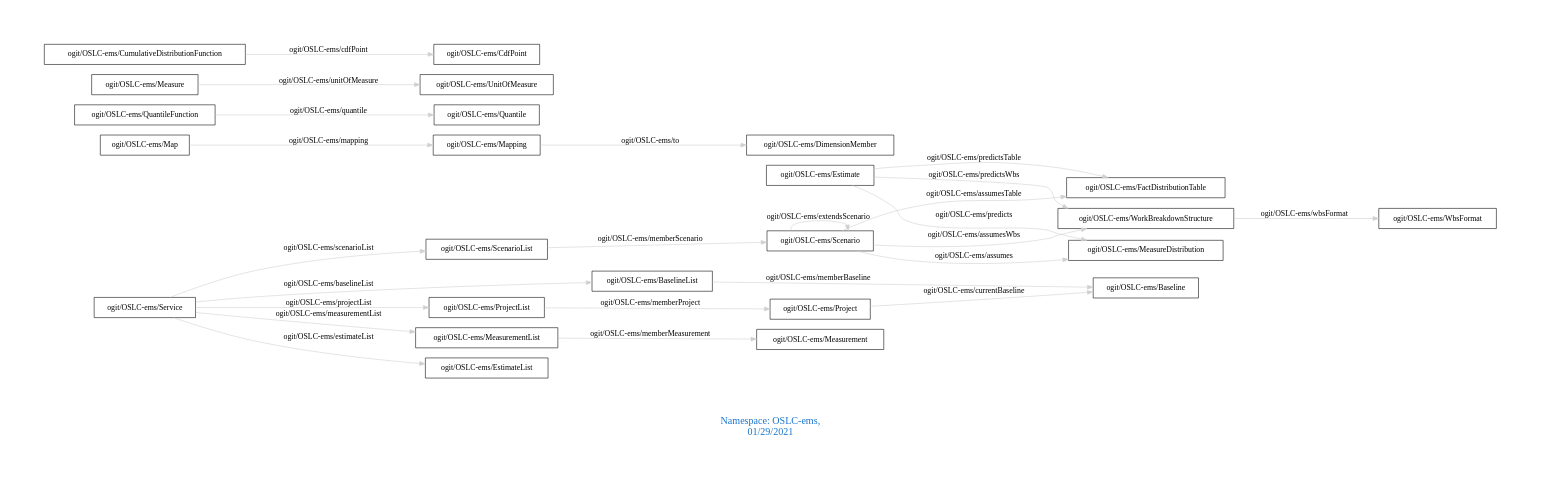
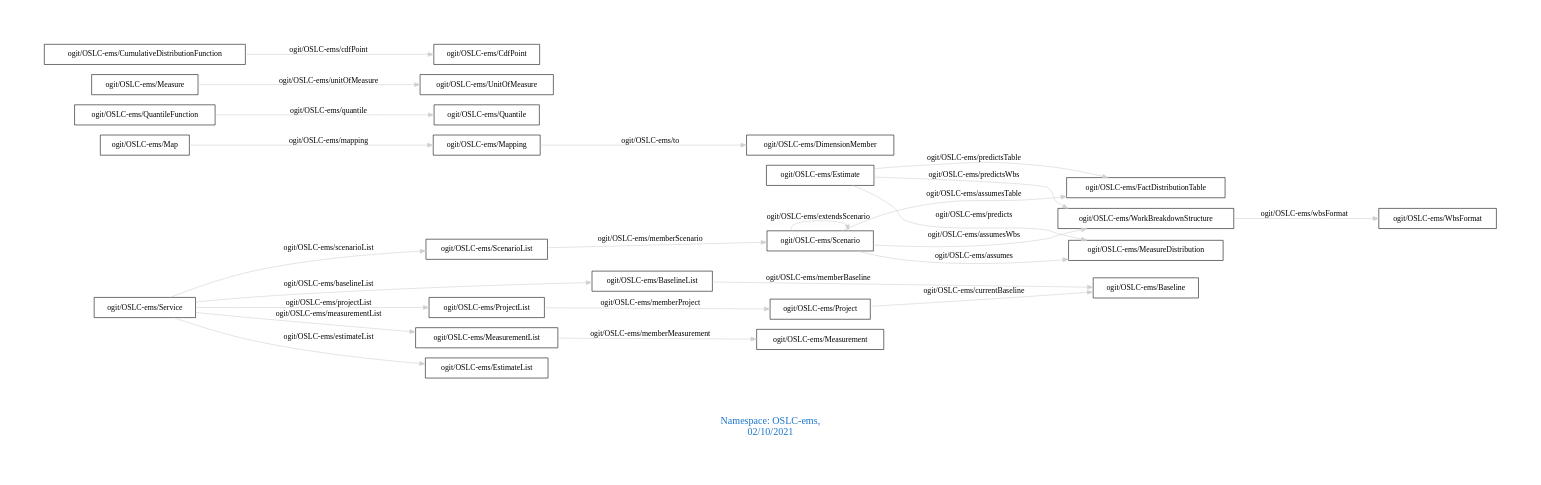
The diagram in downloads/OSLC-ems.dot (arago/OGIT), drawn with Graphviz before and after one commit. The commit also changed 1867 other files, not shown here.

```diff
--- a/downloads/OSLC-ems.dot
+++ b/downloads/OSLC-ems.dot
@@ -1,31 +1,31 @@
 digraph OGIT_ontology {
  graph [ rankdir= LR,pad=1 
 fontsize = 18,
-fontcolor= dodgerblue3,label = "\n\n\nNamespace: OSLC-ems, \n 01/29/2021"];
+fontcolor= dodgerblue3,label = "\n\n\nNamespace: OSLC-ems, \n 02/10/2021"];
 node[shape=polygon];
 edge [  color="gray81"];
 
    "ogit/OSLC-ems/Estimate" -> "ogit/OSLC-ems/MeasureDistribution" [label="   ogit/OSLC-ems/predicts    "];
    "ogit/OSLC-ems/Mapping" -> "ogit/OSLC-ems/DimensionMember" [label="   ogit/OSLC-ems/to    "];
    "ogit/OSLC-ems/Service" -> "ogit/OSLC-ems/ProjectList" [label="   ogit/OSLC-ems/projectList    "];
    "ogit/OSLC-ems/QuantileFunction" -> "ogit/OSLC-ems/Quantile" [label="   ogit/OSLC-ems/quantile    "];
    "ogit/OSLC-ems/Service" -> "ogit/OSLC-ems/ScenarioList" [label="   ogit/OSLC-ems/scenarioList    "];
    "ogit/OSLC-ems/Measure" -> "ogit/OSLC-ems/UnitOfMeasure" [label="   ogit/OSLC-ems/unitOfMeasure    "];
    "ogit/OSLC-ems/ScenarioList" -> "ogit/OSLC-ems/Scenario" [label="   ogit/OSLC-ems/memberScenario    "];
    "ogit/OSLC-ems/Estimate" -> "ogit/OSLC-ems/FactDistributionTable" [label="   ogit/OSLC-ems/predictsTable    "];
    "ogit/OSLC-ems/BaselineList" -> "ogit/OSLC-ems/Baseline" [label="   ogit/OSLC-ems/memberBaseline    "];
    "ogit/OSLC-ems/Scenario" -> "ogit/OSLC-ems/WorkBreakdownStructure" [label="   ogit/OSLC-ems/assumesWbs    "];
    "ogit/OSLC-ems/CumulativeDistributionFunction" -> "ogit/OSLC-ems/CdfPoint" [label="   ogit/OSLC-ems/cdfPoint    "];
    "ogit/OSLC-ems/Project" -> "ogit/OSLC-ems/Baseline" [label="   ogit/OSLC-ems/currentBaseline    "];
    "ogit/OSLC-ems/ProjectList" -> "ogit/OSLC-ems/Project" [label="   ogit/OSLC-ems/memberProject    "];
    "ogit/OSLC-ems/Service" -> "ogit/OSLC-ems/BaselineList" [label="   ogit/OSLC-ems/baselineList    "];
    "ogit/OSLC-ems/Estimate" -> "ogit/OSLC-ems/WorkBreakdownStructure" [label="   ogit/OSLC-ems/predictsWbs    "];
    "ogit/OSLC-ems/Map" -> "ogit/OSLC-ems/Mapping" [label="   ogit/OSLC-ems/mapping    "];
    "ogit/OSLC-ems/MeasurementList" -> "ogit/OSLC-ems/Measurement" [label="   ogit/OSLC-ems/memberMeasurement    "];
    "ogit/OSLC-ems/Service" -> "ogit/OSLC-ems/MeasurementList" [label="   ogit/OSLC-ems/measurementList    "];
    "ogit/OSLC-ems/WorkBreakdownStructure" -> "ogit/OSLC-ems/WbsFormat" [label="   ogit/OSLC-ems/wbsFormat    "];
    "ogit/OSLC-ems/Service" -> "ogit/OSLC-ems/EstimateList" [label="   ogit/OSLC-ems/estimateList    "];
    "ogit/OSLC-ems/Scenario" -> "ogit/OSLC-ems/MeasureDistribution" [label="   ogit/OSLC-ems/assumes    "];
    "ogit/OSLC-ems/Scenario" -> "ogit/OSLC-ems/FactDistributionTable" [label="   ogit/OSLC-ems/assumesTable    "];
    "ogit/OSLC-ems/Scenario" -> "ogit/OSLC-ems/Scenario" [label="   ogit/OSLC-ems/extendsScenario    "];
 }
```
